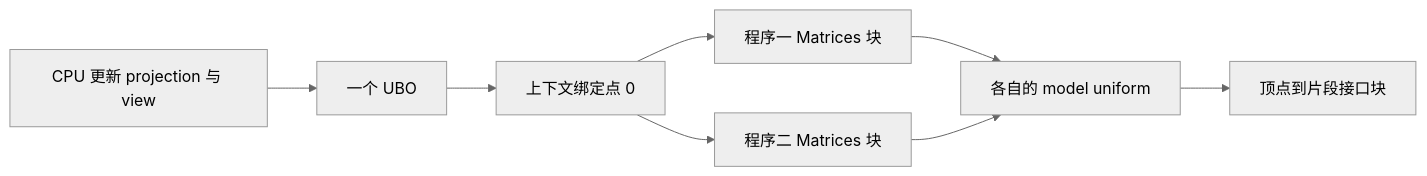
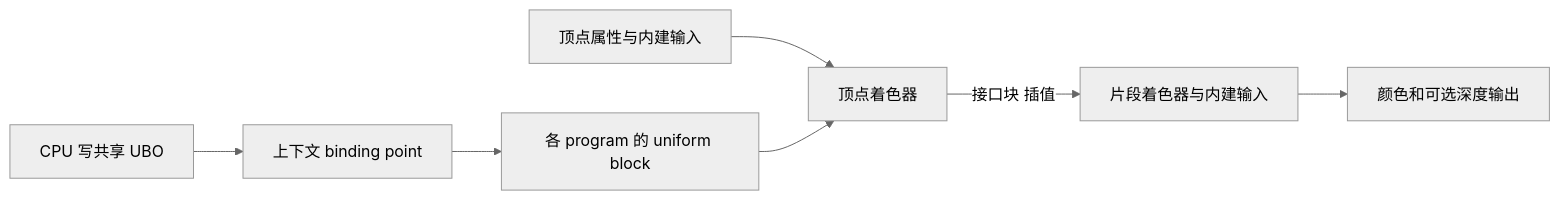
One commit to with-fair-wind/OpenGL changed the diagram in docs/04_advanced_opengl/08_advanced_glsl.md. Above: the diagram before and after it, drawn with Mermaid (neutral theme). The commit also changed other lines of this file and 107 other files, not shown here.

````diff
--- a/docs/04_advanced_opengl/08_advanced_glsl.md
+++ b/docs/04_advanced_opengl/08_advanced_glsl.md
@@ -14,10 +15,9 @@
 ```mermaid
 flowchart LR
-    A[CPU 更新 projection 与 view] --> B[一个 UBO]
-    B --> C[上下文绑定点 0]
-    C --> D[程序一 Matrices 块]
-    C --> E[程序二 Matrices 块]
-    D --> F[各自的 model uniform]
-    E --> F
-    F --> G[顶点到片段接口块]
+    A[顶点属性与内建输入] --> B[顶点着色器]
+    B -->|接口块 插值| C[片段着色器与内建输入]
+    D[CPU 写共享 UBO] --> E[上下文 binding point]
+    E --> F[各 program 的 uniform block]
+    F --> B
+    C --> G[颜色和可选深度输出]
 ```
````
